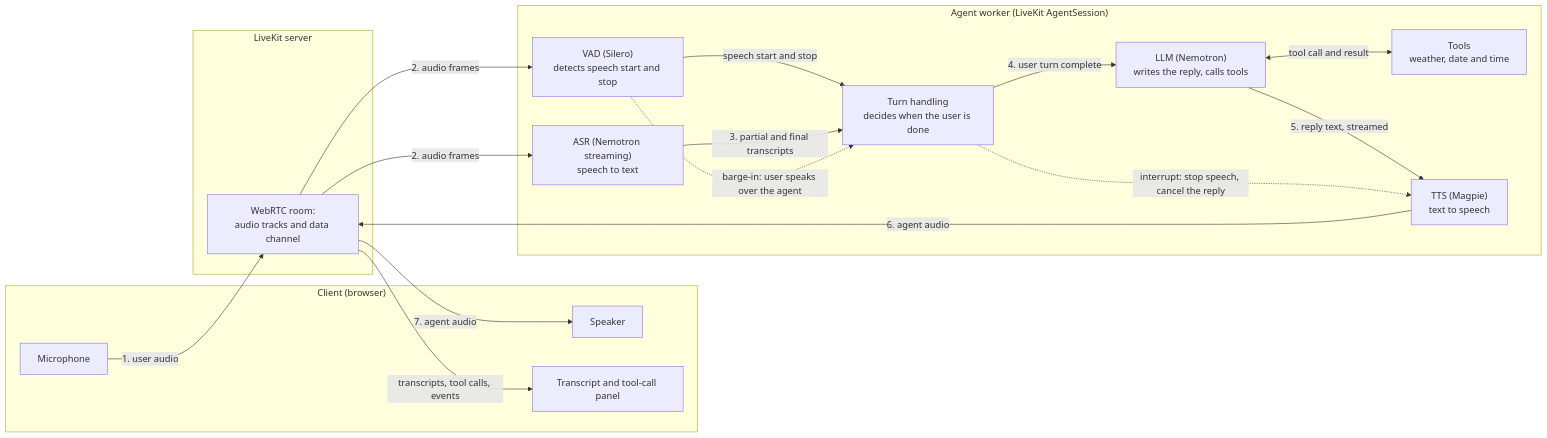
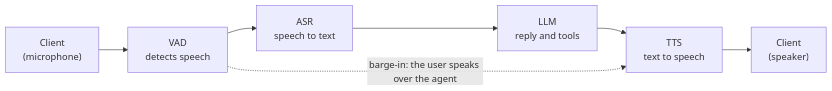
The diagram in src/examples/generic_assistant_livekit/README.md (NVIDIA-AI-Blueprints/nemotron-voice-agent), drawn with Mermaid before and after one commit. The commit also changed other lines of this file, not shown here.

Commit message:
Simplify the README flow diagram and remind Option C users to set HF_TOKEN

````diff
--- a/src/examples/generic_assistant_livekit/README.md
+++ b/src/examples/generic_assistant_livekit/README.md
@@ -11,32 +11,9 @@
 ```mermaid
 flowchart LR
-    subgraph Client["Client (browser)"]
-        MIC["Microphone"]
-        SPK["Speaker"]
-        UI["Transcript and tool-call panel"]
-    end
-    subgraph LK["LiveKit server"]
-        RTC["WebRTC room:<br/>audio tracks and data channel"]
-    end
-    subgraph Agent["Agent worker (LiveKit AgentSession)"]
-        VAD["VAD (Silero)<br/>detects speech start and stop"]
-        ASR["ASR (Nemotron streaming)<br/>speech to text"]
-        TURN["Turn handling<br/>decides when the user is done"]
-        LLM["LLM (Nemotron)<br/>writes the reply, calls tools"]
-        TOOLS["Tools<br/>weather, date and time"]
-        TTS["TTS (Magpie)<br/>text to speech"]
-    end
-    MIC -->|"1. user audio"| RTC
-    RTC -->|"2. audio frames"| VAD
-    RTC -->|"2. audio frames"| ASR
-    VAD -->|"speech start and stop"| TURN
-    ASR -->|"3. partial and final transcripts"| TURN
-    TURN -->|"4. user turn complete"| LLM
-    LLM <-->|"tool call and result"| TOOLS
-    LLM -->|"5. reply text, streamed"| TTS
-    TTS -->|"6. agent audio"| RTC
-    RTC -->|"7. agent audio"| SPK
-    RTC -->|"transcripts, tool calls, events"| UI
-    VAD -.->|"barge-in: user speaks over the agent"| TURN
-    TURN -.->|"interrupt: stop speech, cancel the reply"| TTS
+    MIC["Client<br/>(microphone)"] --> VAD["VAD<br/>detects speech"]
+    VAD --> ASR["ASR<br/>speech to text"]
+    ASR --> LLM["LLM<br/>reply and tools"]
+    LLM --> TTS["TTS<br/>text to speech"]
+    TTS --> SPK["Client<br/>(speaker)"]
+    VAD -. "barge-in: the user speaks over the agent" .-> TTS
 ```
````
